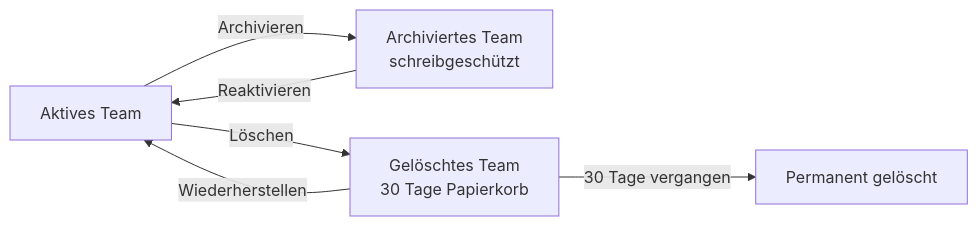
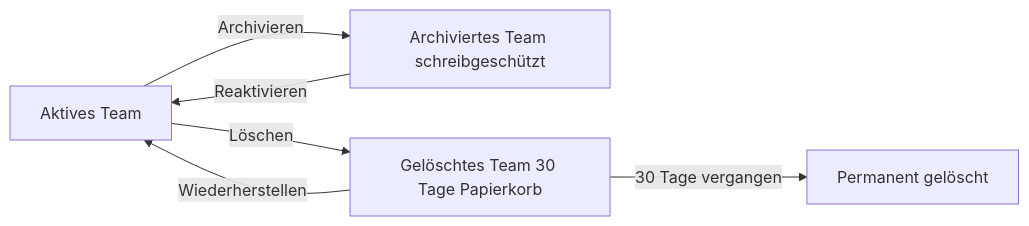
Before and after one commit to SoniiiT/notes-n-docs: the third of 3 diagrams in Microsoft 365/Teams/Teams und Kanäle verwalten.md, drawn with Mermaid. The commit also changed other lines of this file and 124 other files, not shown here.

First line of the commit message:
fix: Entferne \n aus allen Mermaid-Diagrammen (125 Dateien)

````diff
--- a/Microsoft 365/Teams/Teams und Kanäle verwalten.md
+++ b/Microsoft 365/Teams/Teams und Kanäle verwalten.md
@@ -157,8 +157,8 @@
 ```mermaid
 graph LR
-    A[Aktives Team] -->|Archivieren| B[Archiviertes Team\nschreibgeschützt]
+    A[Aktives Team] -->|Archivieren| B[Archiviertes Team schreibgeschützt]
     B -->|Reaktivieren| A
-    A -->|Löschen| C[Gelöschtes Team\n30 Tage Papierkorb]
+    A -->|Löschen| C[Gelöschtes Team 30 Tage Papierkorb]
     C -->|Wiederherstellen| A
     C -->|30 Tage vergangen| D[Permanent gelöscht]
 ```
````
